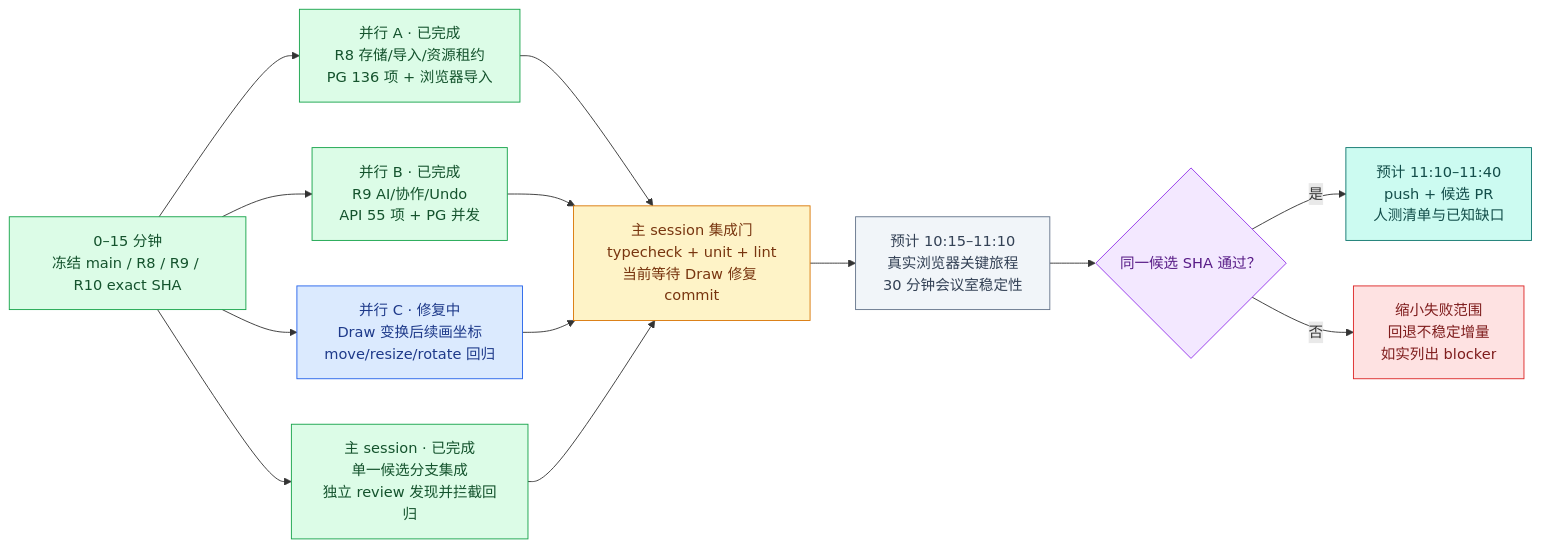
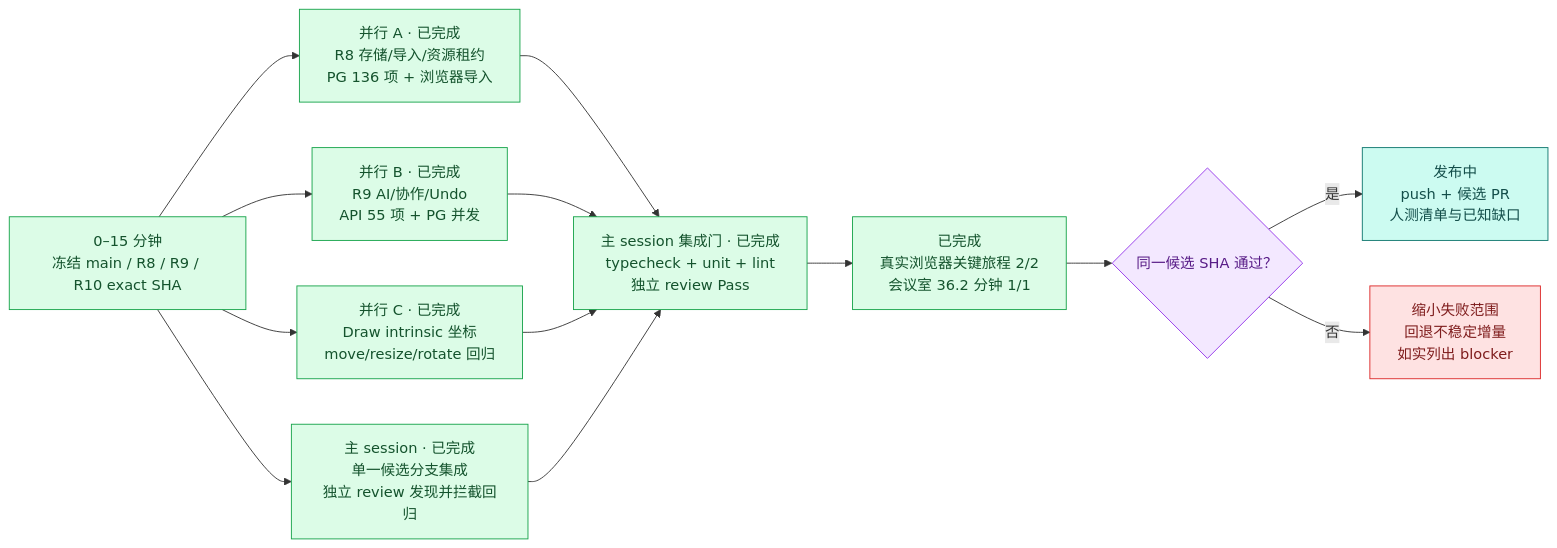
Before and after one commit to boardx/workspacex: the fifth of 5 diagrams in phases/phase-19-board-visual-workspace/design-deltas/2026-09-26-unified-board-plan.md, drawn with Mermaid. The commit also changed other lines of this file, not shown here.

Commit message:
docs(board): record human-test candidate evidence

````diff
--- a/phases/phase-19-board-visual-workspace/design-deltas/2026-09-26-unified-board-plan.md
+++ b/phases/phase-19-board-visual-workspace/design-deltas/2026-09-26-unified-board-plan.md
@@ -315,23 +315,23 @@
 ```mermaid
 flowchart LR
   T0["0–15 分钟<br/>冻结 main / R8 / R9 / R10 exact SHA"]:::done
   T0 --> P8["并行 A · 已完成<br/>R8 存储/导入/资源租约<br/>PG 136 项 + 浏览器导入"]:::done
   T0 --> P9["并行 B · 已完成<br/>R9 AI/协作/Undo<br/>API 55 项 + PG 并发"]:::done
-  T0 --> P10["并行 C · 修复中<br/>Draw 变换后续画坐标<br/>move/resize/rotate 回归"]:::active
+  T0 --> P10["并行 C · 已完成<br/>Draw intrinsic 坐标<br/>move/resize/rotate 回归"]:::done
   T0 --> ROOT["主 session · 已完成<br/>单一候选分支集成<br/>独立 review 发现并拦截回归"]:::done
-  P8 --> INT["主 session 集成门<br/>typecheck + unit + lint<br/>当前等待 Draw 修复 commit"]:::testing
+  P8 --> INT["主 session 集成门 · 已完成<br/>typecheck + unit + lint<br/>独立 review Pass"]:::done
   P9 --> INT
   P10 --> INT
   ROOT --> INT
-  INT --> E2E["预计 10:15–11:10<br/>真实浏览器关键旅程<br/>30 分钟会议室稳定性"]:::planned
+  INT --> E2E["已完成<br/>真实浏览器关键旅程 2/2<br/>会议室 36.2 分钟 1/1"]:::done
   E2E --> GATE{"同一候选 SHA 通过？"}:::gate
-  GATE -->|是| PR["预计 11:10–11:40<br/>push + 候选 PR<br/>人测清单与已知缺口"]:::release
+  GATE -->|是| PR["发布中<br/>push + 候选 PR<br/>人测清单与已知缺口"]:::release
   GATE -->|否| DISCLOSE["缩小失败范围<br/>回退不稳定增量<br/>如实列出 blocker"]:::blocked
   classDef done fill:#dcfce7,stroke:#16a34a,color:#14532d
   classDef active fill:#dbeafe,stroke:#2563eb,color:#1e3a8a
   classDef testing fill:#fef3c7,stroke:#d97706,color:#78350f
   classDef planned fill:#f1f5f9,stroke:#64748b,color:#334155
   classDef gate fill:#f3e8ff,stroke:#9333ea,color:#581c87
   classDef release fill:#ccfbf1,stroke:#0f766e,color:#134e4a
   classDef blocked fill:#fee2e2,stroke:#dc2626,color:#7f1d1d
 ```
````
